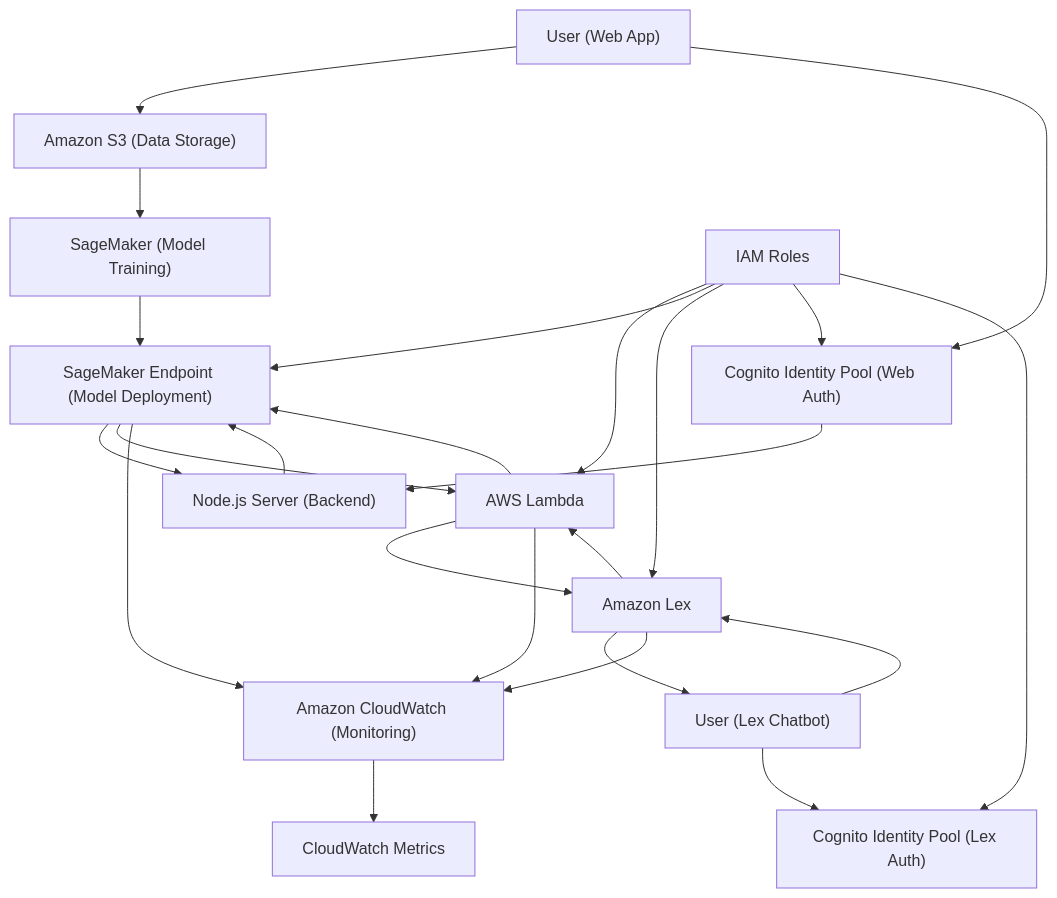
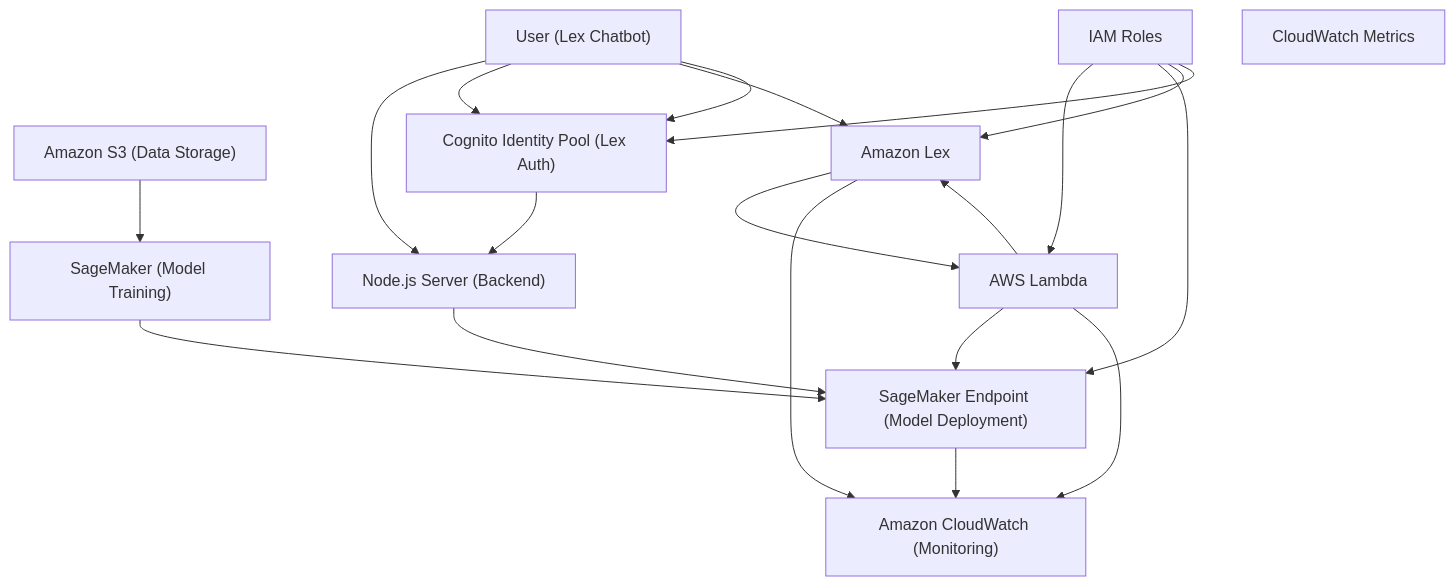
The diagram in README.md (mamokebe/AWS-Networking-Setup), drawn with Mermaid before and after one commit.

Commit message:
new commit

````diff
--- a/README.md
+++ b/README.md
@@ -61,53 +61,47 @@
 ```mermaid
 graph TD
   %% Data Flow
-  User1["User (Web App)"]
   S3["Amazon S3 (Data Storage)"]
   SMTrain["SageMaker (Model Training)"]
   SMEndpoint["SageMaker Endpoint (Model Deployment)"]
   NodeJS["Node.js Server (Backend)"]
-  Cognito1["Cognito Identity Pool (Web Auth)"]
+
 
   %% Lex Flow
-  User2["User (Lex Chatbot)"]
+  User1["User (Lex Chatbot)"]
   Lex["Amazon Lex"]
   Lambda["AWS Lambda"]
-  Cognito2["Cognito Identity Pool (Lex Auth)"]
+  Cognito1["Cognito Identity Pool (Lex Auth)"]
 
   %% Monitoring & IAM
   CloudWatch["Amazon CloudWatch (Monitoring)"]
   IAM["IAM Roles"]
   Metrics["CloudWatch Metrics"]
 
   %% Data Training Flow
-  User1 --> S3
+  User1 --> NodeJS
   S3 --> SMTrain
   SMTrain --> SMEndpoint
 
   %% Node.js Inference Flow
   User1 --> Cognito1 --> NodeJS
   NodeJS --> SMEndpoint
-  SMEndpoint --> NodeJS
 
   %% Lex Inference Flow
-  User2 --> Lex
+  User1 --> Lex
   Lex --> Lambda
   Lambda --> SMEndpoint
-  SMEndpoint --> Lambda
   Lambda --> Lex
-  Lex --> User2
-  User2 --> Cognito2
+  User1 --> Cognito1
 
   %% Monitoring
   Lambda --> CloudWatch
   SMEndpoint --> CloudWatch
   Lex --> CloudWatch
-  CloudWatch --> Metrics
 
   %% IAM
   IAM --> Lambda
   IAM --> SMEndpoint
   IAM --> Lex
   IAM --> Cognito1
-  IAM --> Cognito2
 ```
````
